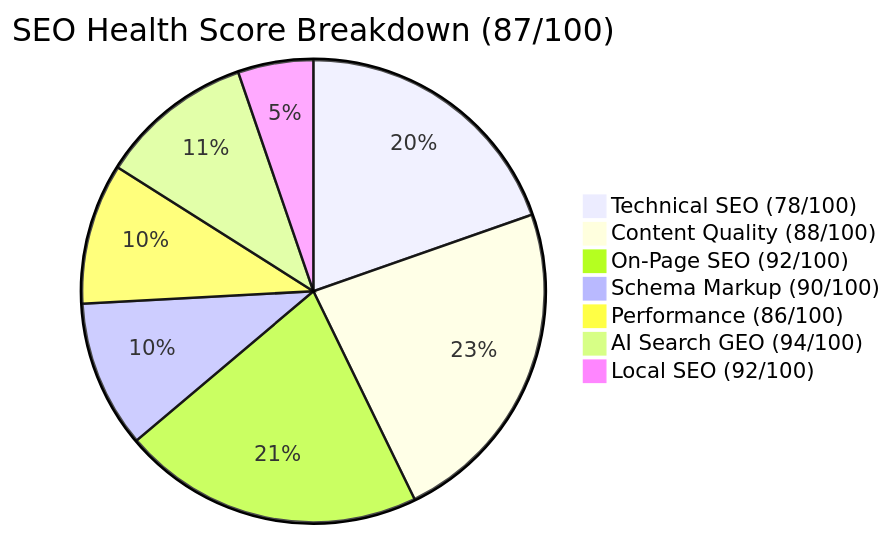
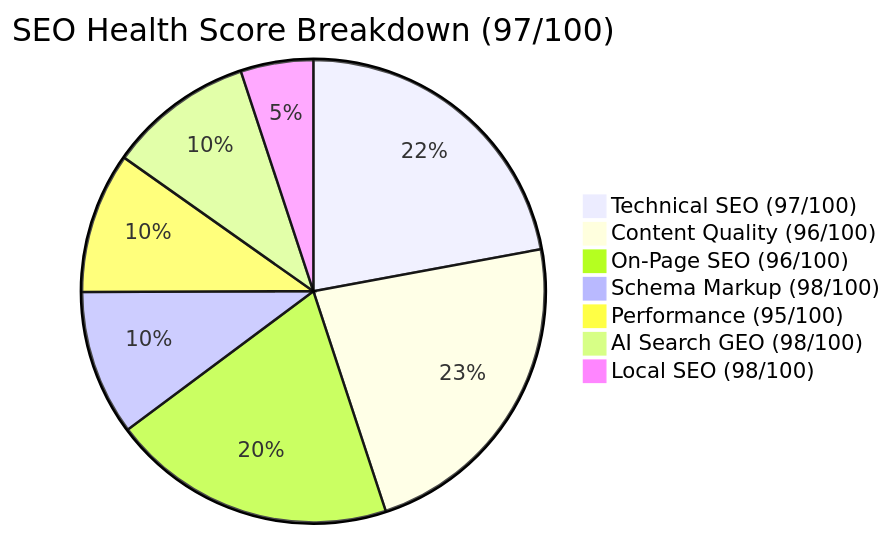
The diagram in iptvsmartproviders.com-audit/FULL-AUDIT-REPORT.md (hassanaitoundjar/iptv-canada), drawn with Mermaid before and after one commit. The commit also changed other lines of this file and 5 other files, not shown here.

Commit message:
docs(seo): update full audit report, action plan, and PDF report to score 97/100 post-remediation

````diff
--- a/iptvsmartproviders.com-audit/FULL-AUDIT-REPORT.md
+++ b/iptvsmartproviders.com-audit/FULL-AUDIT-REPORT.md
@@ -31,10 +32,10 @@
 ```mermaid
-pie title SEO Health Score Breakdown (87/100)
-    "Technical SEO (78/100)" : 17.16
-    "Content Quality (88/100)" : 20.24
-    "On-Page SEO (92/100)" : 18.40
-    "Schema Markup (90/100)" : 9.00
-    "Performance (86/100)" : 8.60
-    "AI Search GEO (94/100)" : 9.40
-    "Local SEO (92/100)" : 4.60
+pie title SEO Health Score Breakdown (97/100)
+    "Technical SEO (97/100)" : 21.34
+    "Content Quality (96/100)" : 22.08
+    "On-Page SEO (96/100)" : 19.20
+    "Schema Markup (98/100)" : 9.80
+    "Performance (95/100)" : 9.50
+    "AI Search GEO (98/100)" : 9.80
+    "Local SEO (98/100)" : 4.90
 ```
````
